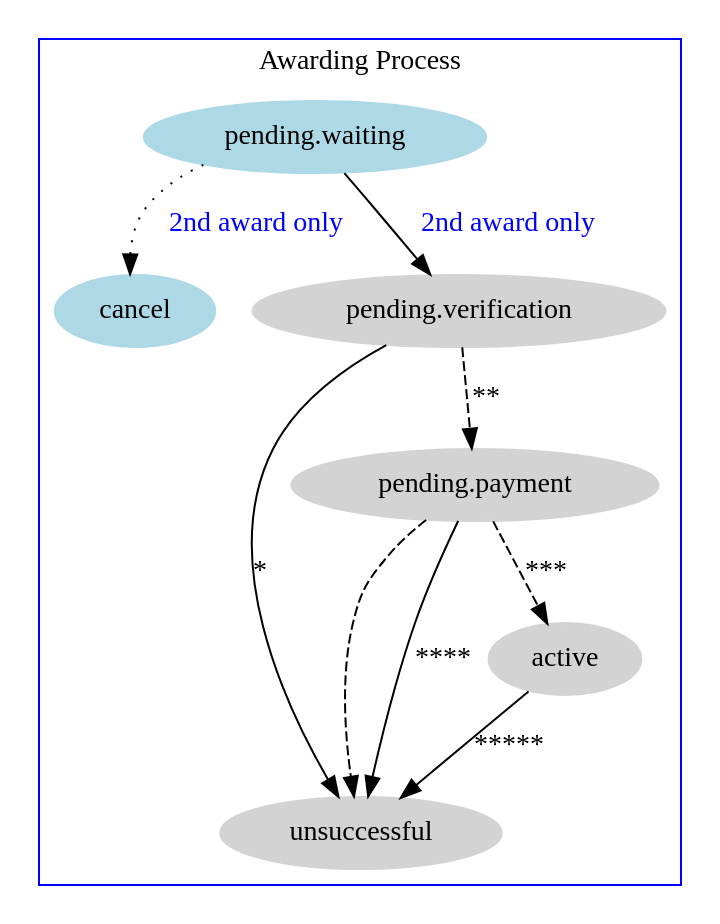
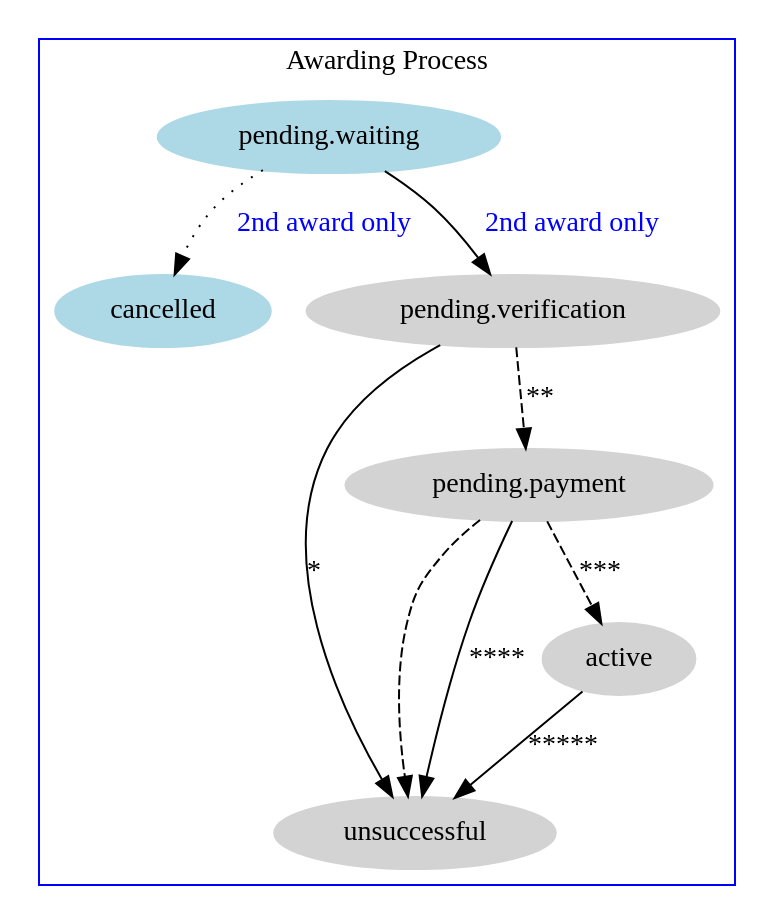
The diagram in docs/source/award_workflow.rst (openprocurement/openprocurement.auctions.dgf), drawn with Graphviz before and after one commit. The commit also changed other lines of this file and 1 other file, not shown here.

Commit message:
Docs: Changed cancel to cancelled in graphviz & statuses sectioin

```diff
--- a/docs/source/award_workflow.rst
+++ b/docs/source/award_workflow.rst
@@ -15,28 +15,28 @@
 .. graphviz::
 
     digraph G {
         subgraph cluster_1 {
             node [style=filled, color=lightblue];
             edge[style=dotted];
-            "pending.waiting" -> cancel[label="2nd award only" fontcolor=blue];
+            "pending.waiting" -> cancelled[label="2nd award only" fontcolor=blue];
 
             node [style=filled, color=lightgrey];
             edge[label="*" style=solid];
             "pending.verification" -> unsuccessful;
             edge[label="***" style=dashed];
             "pending.payment" -> active;
             edge[label="*****" style=filled];
             "pending.waiting" -> "pending.verification"[label="2nd award only" fontcolor=blue];
             label = "Awarding Process";
             color=blue
         }
             edge[style=dashed];
             "pending.payment" -> "unsuccessful";
             edge[label="****" style=solid];
             "pending.payment" -> unsuccessful;
             edge[label=" **" style=dashed];
             "pending.verification" -> "pending.payment";
             edge[label="*****" style=solid];
             active -> unsuccessful;
             
     }
```
